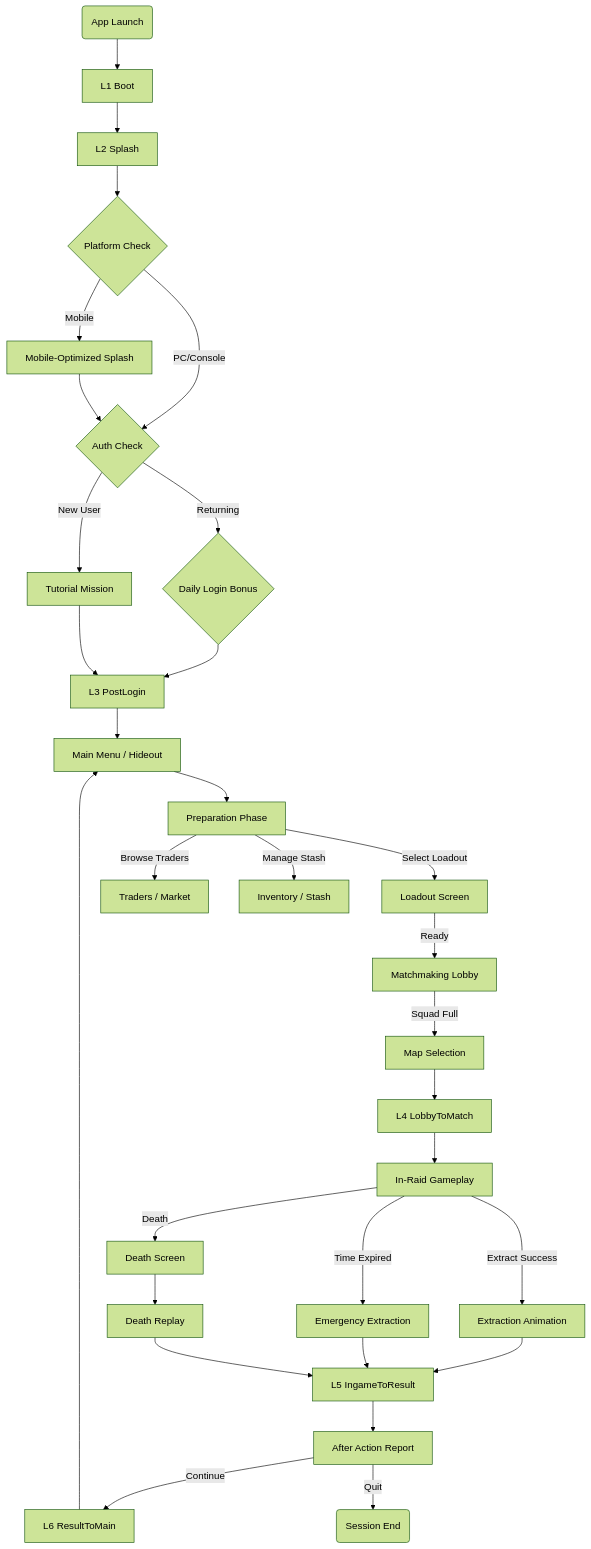
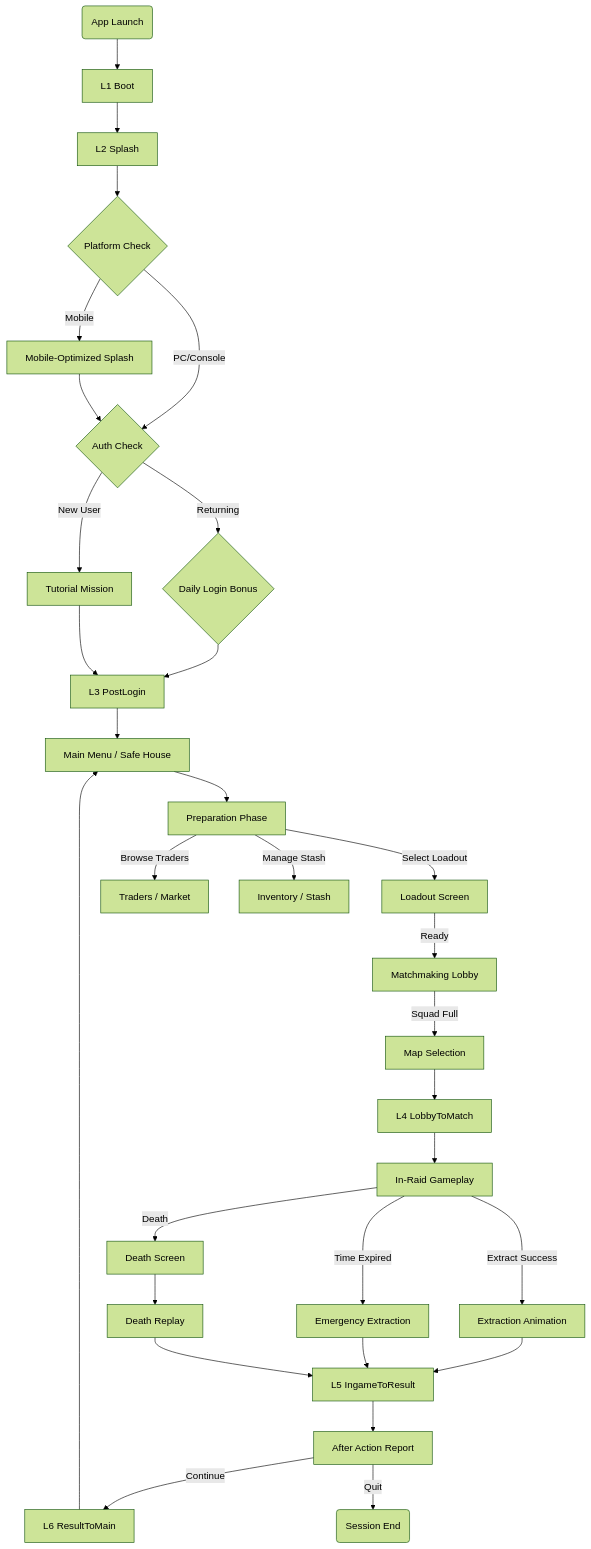
One commit to oaiba/ExtractionDocument changed the diagram in content/GDD_Design/UI_UX/UX_Flows.md. Above: the diagram before and after it, drawn with Mermaid (forest theme). The commit also changed other lines of this file and 37 other files, not shown here.

Commit message:
refactor: Update documentation to replace "Hideout" with "Safe House," enhancing clarity across game design sections, including gameplay mechanics, crafting, and insurance systems.

````diff
--- a/content/GDD_Design/UI_UX/UX_Flows.md
+++ b/content/GDD_Design/UI_UX/UX_Flows.md
@@ -10,41 +10,41 @@
 ```mermaid
 graph TD
     Start(App Launch) --> L1[L1 Boot]
     L1 --> L2[L2 Splash]
     L2 --> Platform{Platform Check}
     Platform -->|PC/Console| Login{Auth Check}
     Platform -->|Mobile| MobileOpt[Mobile-Optimized Splash]
     MobileOpt --> Login
     
     Login -- New User --> Tutorial[Tutorial Mission]
     Login -- Returning --> DailyReward{Daily Login Bonus}
     DailyReward --> L3[L3 PostLogin]
     Tutorial --> L3
-    L3 --> MainMenu[Main Menu / Hideout]
+    L3 --> MainMenu[Main Menu / Safe House]
     
     MainMenu --> Prep[Preparation Phase]
     Prep -->|Select Loadout| LoadoutUI[Loadout Screen]
     Prep -->|Browse Traders| TradersUI[Traders / Market]
     Prep -->|Manage Stash| InventoryUI[Inventory / Stash]
     
     LoadoutUI -->|Ready| MatchmakingUI[Matchmaking Lobby]
     MatchmakingUI -->|Squad Full| MapSelection[Map Selection]
     MapSelection --> L4[L4 LobbyToMatch]
     
     L4 --> Spawn[In-Raid Gameplay]
     
     Spawn -->|Death| DefeatScreen[Death Screen]
     Spawn -->|Extract Success| ExtractionUI[Extraction Animation]
     Spawn -->|Time Expired| ForceExtractUI[Emergency Extraction]
     
     DefeatScreen --> DeathCam[Death Replay]
     ExtractionUI --> L5[L5 IngameToResult]
     ForceExtractUI --> L5
     DeathCam --> L5
     
     L5 --> Summary[After Action Report]
     
     Summary -->|Continue| L6[L6 ResultToMain]
     Summary -->|Quit| End(Session End)
     L6 --> MainMenu
 ```
````
